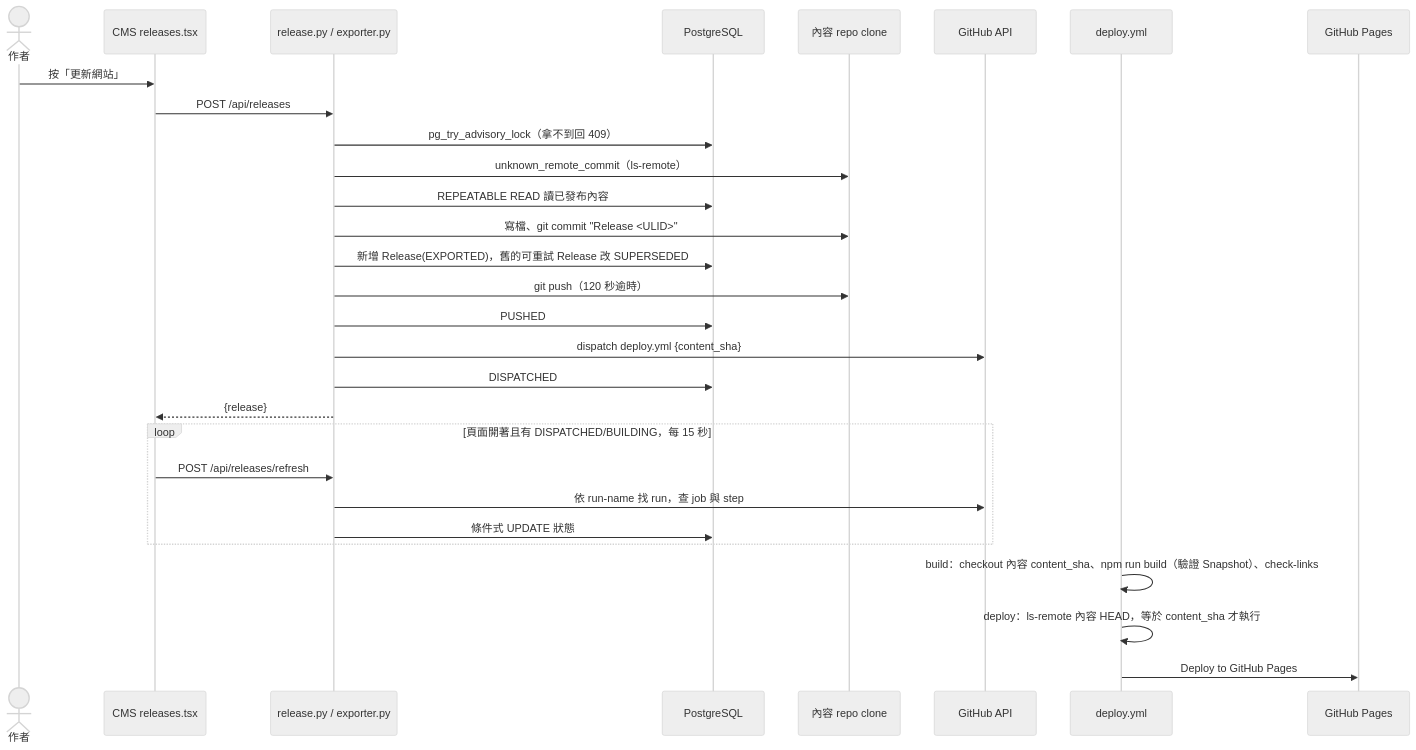
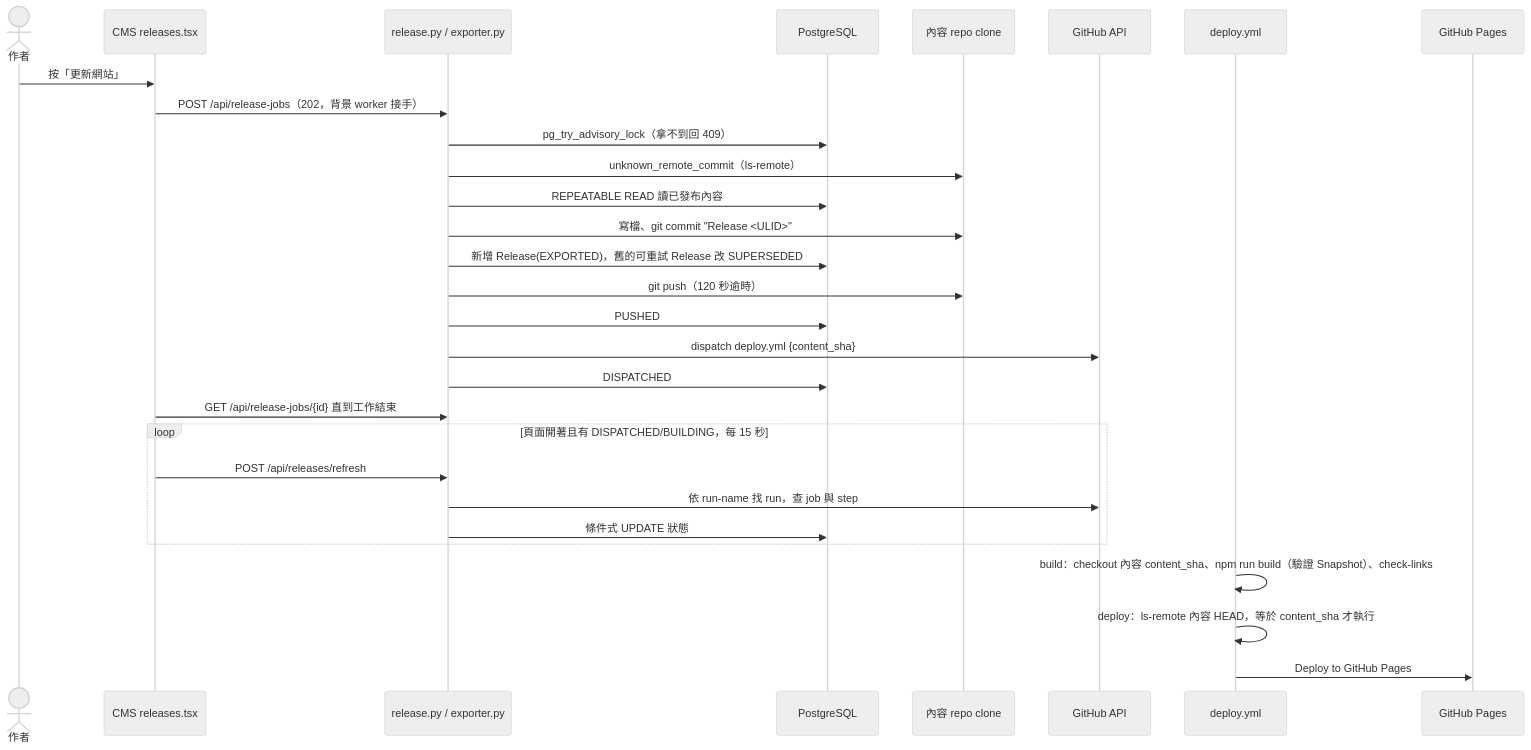
One commit to Hack-Ray/personal-blog changed the second of 3 diagrams in docs/architecture/how-it-works.md. Above: the diagram before and after it, drawn with Mermaid (neutral theme). The commit also changed other lines of this file and 17 other files, not shown here.

````diff
--- a/docs/architecture/how-it-works.md
+++ b/docs/architecture/how-it-works.md
@@ -152,32 +152,32 @@
 ```mermaid
 sequenceDiagram
   actor A as 作者
   participant SPA as CMS releases.tsx
   participant API as release.py / exporter.py
   participant DB as PostgreSQL
   participant Git as 內容 repo clone
   participant GH as GitHub API
   participant WF as deploy.yml
   participant P as GitHub Pages
 
   A->>SPA: 按「更新網站」
-  SPA->>API: POST /api/releases
+  SPA->>API: POST /api/release-jobs（202，背景 worker 接手）
   API->>DB: pg_try_advisory_lock（拿不到回 409）
   API->>Git: unknown_remote_commit（ls-remote）
   API->>DB: REPEATABLE READ 讀已發布內容
   API->>Git: 寫檔、git commit "Release <ULID>"
   API->>DB: 新增 Release(EXPORTED)，舊的可重試 Release 改 SUPERSEDED
   API->>Git: git push（120 秒逾時）
   API->>DB: PUSHED
   API->>GH: dispatch deploy.yml {content_sha}
   API->>DB: DISPATCHED
-  API-->>SPA: {release}
+  SPA->>API: GET /api/release-jobs/{id} 直到工作結束
   loop 頁面開著且有 DISPATCHED/BUILDING，每 15 秒
     SPA->>API: POST /api/releases/refresh
     API->>GH: 依 run-name 找 run，查 job 與 step
     API->>DB: 條件式 UPDATE 狀態
   end
   WF->>WF: build：checkout 內容 content_sha、npm run build（驗證 Snapshot）、check-links
   WF->>WF: deploy：ls-remote 內容 HEAD，等於 content_sha 才執行
   WF->>P: Deploy to GitHub Pages
 ```
````
